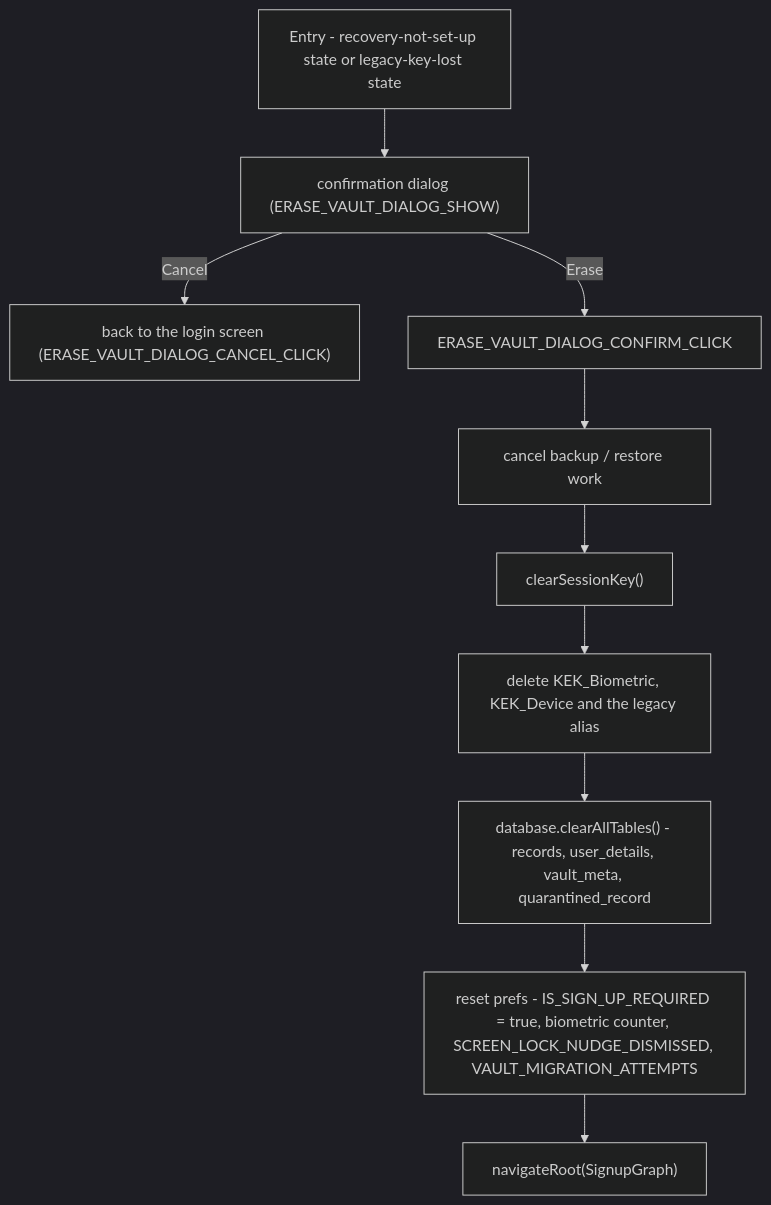
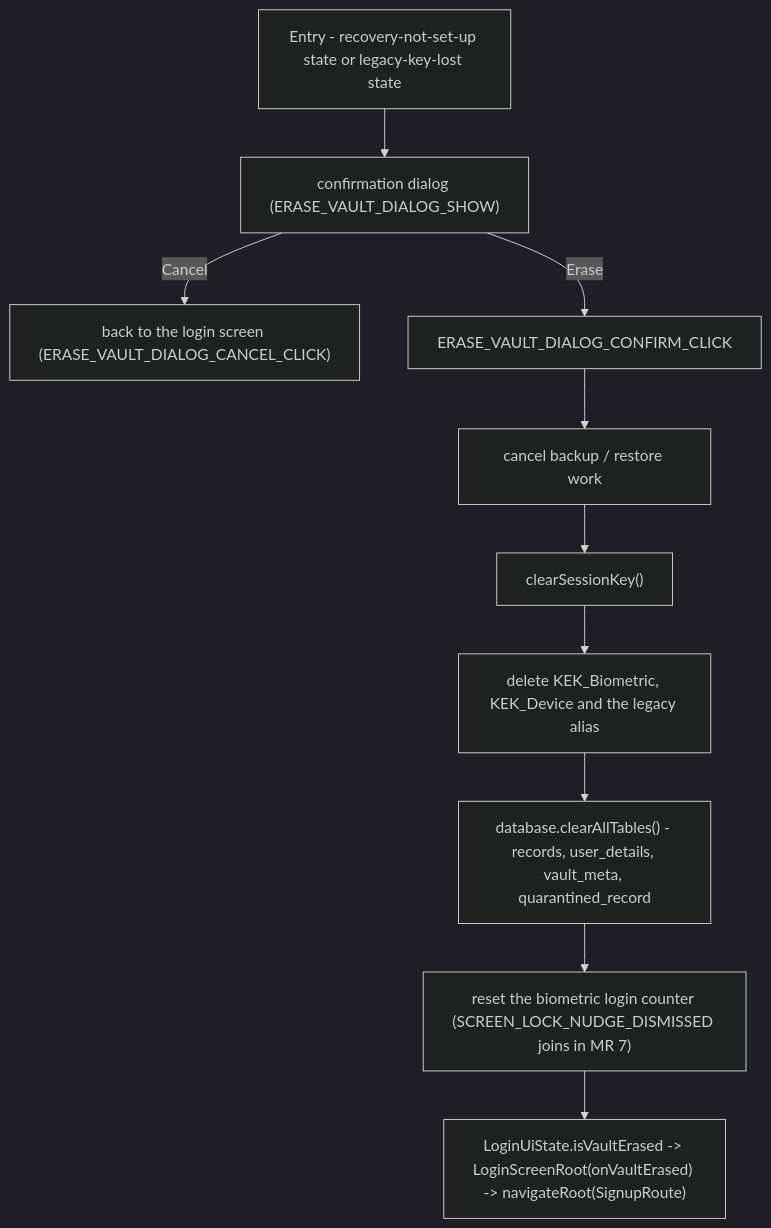
Before and after one commit to Ni3verma/Safe-Box: diagram 16 of 23 in docs/design/envelope-encryption.md, drawn with Mermaid (dark theme). The commit also changed other lines of this file and 3 other files, not shown here.

````diff
--- a/docs/design/envelope-encryption.md
+++ b/docs/design/envelope-encryption.md
@@ -871,12 +871,12 @@
 ```mermaid
 flowchart TB
     E["Entry - recovery-not-set-up state or legacy-key-lost state"] --> D["confirmation dialog (ERASE_VAULT_DIALOG_SHOW)"]
     D -->|"Cancel"| C["back to the login screen (ERASE_VAULT_DIALOG_CANCEL_CLICK)"]
     D -->|"Erase"| S0["ERASE_VAULT_DIALOG_CONFIRM_CLICK"]
     S0 --> S1["cancel backup / restore work"]
     S1 --> S2["clearSessionKey()"]
     S2 --> S3["delete KEK_Biometric, KEK_Device and the legacy alias"]
     S3 --> S4["database.clearAllTables() - records, user_details, vault_meta, quarantined_record"]
-    S4 --> S5["reset prefs - IS_SIGN_UP_REQUIRED = true, biometric counter, SCREEN_LOCK_NUDGE_DISMISSED, VAULT_MIGRATION_ATTEMPTS"]
-    S5 --> S6["navigateRoot(SignupGraph)"]
+    S4 --> S5["reset the biometric login counter (SCREEN_LOCK_NUDGE_DISMISSED joins in MR 7)"]
+    S5 --> S6["LoginUiState.isVaultErased -> LoginScreenRoot(onVaultErased) -> navigateRoot(SignupRoute)"]
 ```
````
